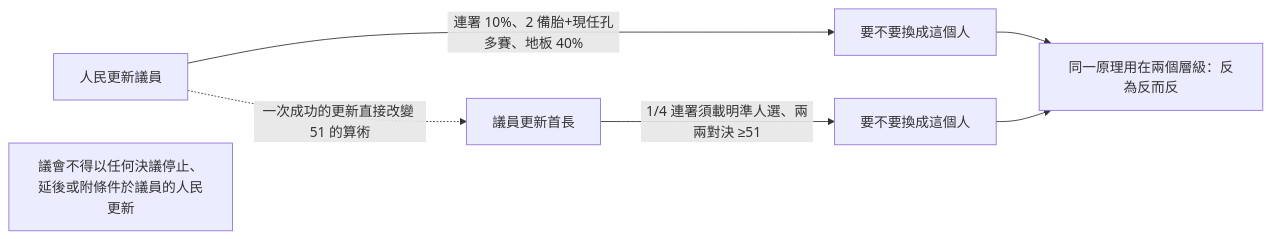
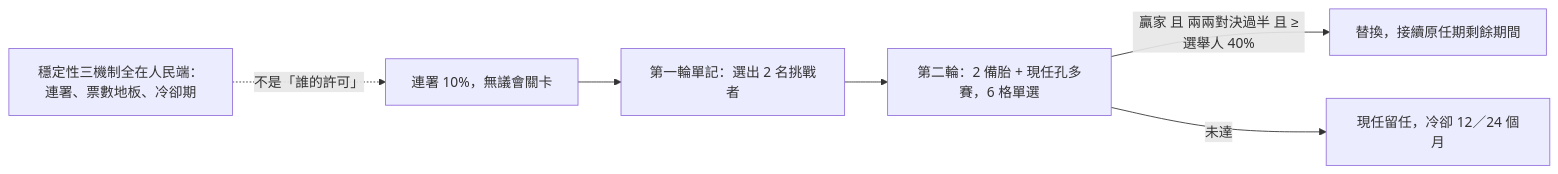
One commit to IRonROOT578/Political-Economy-Research-Public changed the tenth of 10 diagrams in topics/regime-designs/designs/台灣/一院議會制/憲政架構圖.md. Above: the diagram before and after it, drawn with Mermaid. The commit also changed other lines of this file and 128 other files, not shown here.

````diff
--- a/topics/regime-designs/designs/台灣/一院議會制/憲政架構圖.md
+++ b/topics/regime-designs/designs/台灣/一院議會制/憲政架構圖.md
@@ -115,9 +141,9 @@
 ```mermaid
 flowchart LR
-  P1[人民更新議員] -->|連署 10%、2 備胎+現任孔多賽、地板 40%| Q1[要不要換成這個人]
-  P2[議員更新首長] -->|1/4 連署須載明準人選、兩兩對決 ≥51| Q2[要不要換成這個人]
-  Q1 --> Same[同一原理用在兩個層級：反為反而反]
-  Q2 --> Same
-  P1 -.->|一次成功的更新直接改變 51 的算術| P2
-  NoBlock[議會不得以任何決議停止、延後或附條件於議員的人民更新]
+  Sign[連署 10%，無議會關卡] --> R1[第一輪單記：選出 2 名挑戰者]
+  R1 --> R2[第二輪：2 備胎 + 現任孔多賽，6 格單選]
+  R2 -->|贏家 且 兩兩對決過半 且 ≥選舉人 40%| Change[替換，接續原任期剩餘期間]
+  R2 -->|未達| Stay[現任留任，冷卻 12／24 個月]
+  Stable[穩定性三機制全在人民端：連署、票數地板、冷卻期]
+  Stable -.->|不是「誰的許可」| Sign
 ```
````
